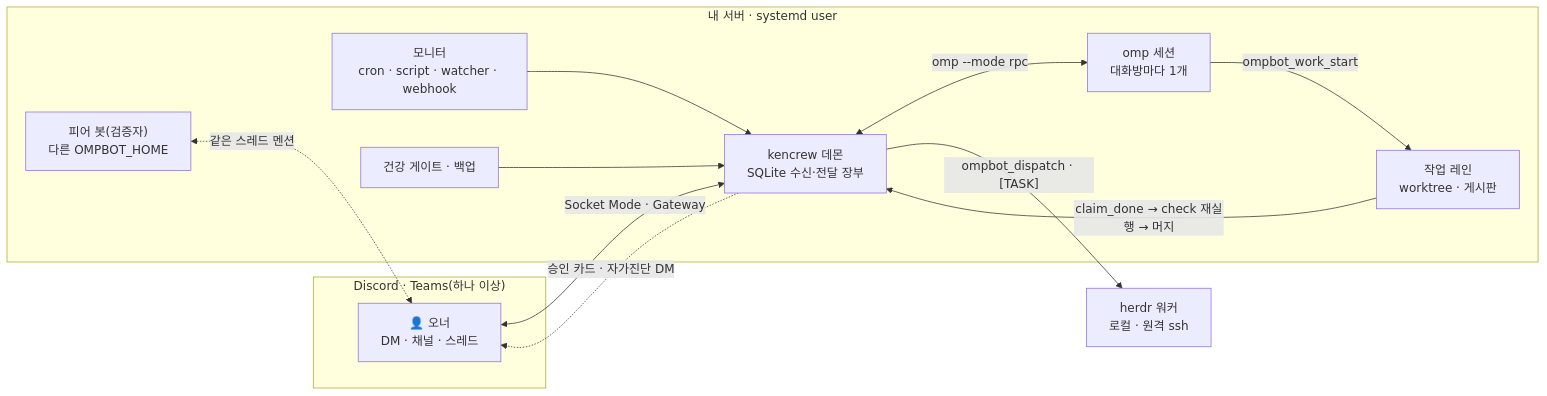
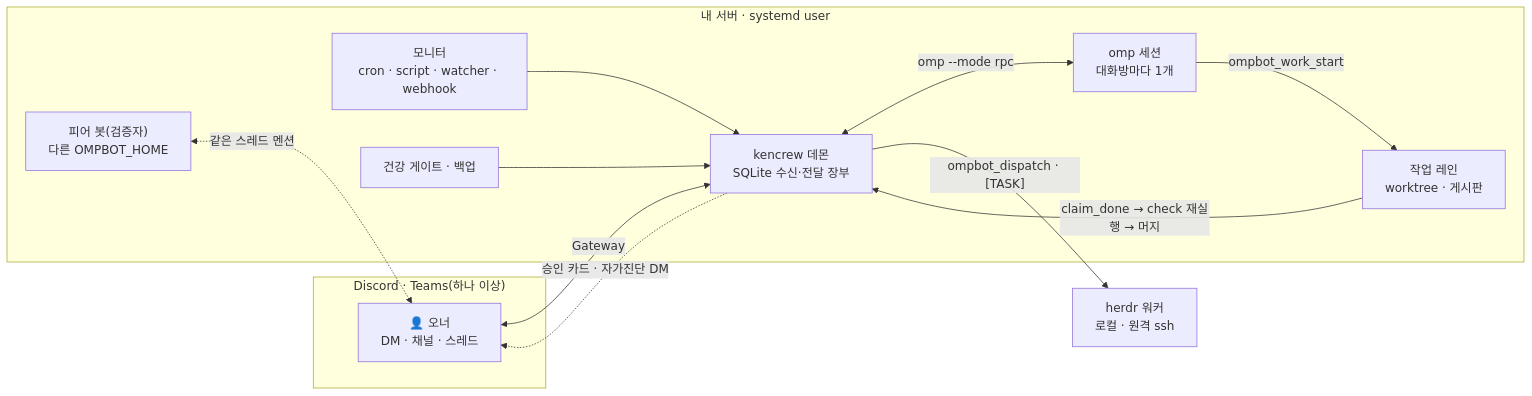
The diagram in README.md (gimso2x/kencrew), drawn with Mermaid before and after one commit. The commit also changed other lines of this file and 190 other files, not shown here.

````diff
--- a/README.md
+++ b/README.md
@@ -117,24 +117,24 @@
 ```mermaid
 flowchart LR
   subgraph Chat["Discord · Teams(하나 이상)"]
     O["👤 오너<br/>DM · 채널 · 스레드"]
   end
   subgraph Host["내 서버 · systemd user"]
     D["kencrew 데몬<br/>SQLite 수신·전달 장부"]
     S["omp 세션<br/>대화방마다 1개"]
     M["모니터<br/>cron · script · watcher · webhook"]
     G["건강 게이트 · 백업"]
     L["작업 레인<br/>worktree · 게시판"]
     P["피어 봇(검증자)<br/>다른 OMPBOT_HOME"]
   end
   W["herdr 워커<br/>로컬 · 원격 ssh"]
-  O <-->|"Socket Mode · Gateway"| D
+  O <-->|"Gateway"| D
   D <-->|"omp --mode rpc"| S
   M --> D
   G --> D
   S -->|"ompbot_work_start"| L
   L -->|"claim_done → check 재실행 → 머지"| D
   P <-.->|"같은 스레드 멘션"| O
   D -->|"ompbot_dispatch · [TASK]"| W
   D -.->|"승인 카드 · 자가진단 DM"| O
 ```
````
